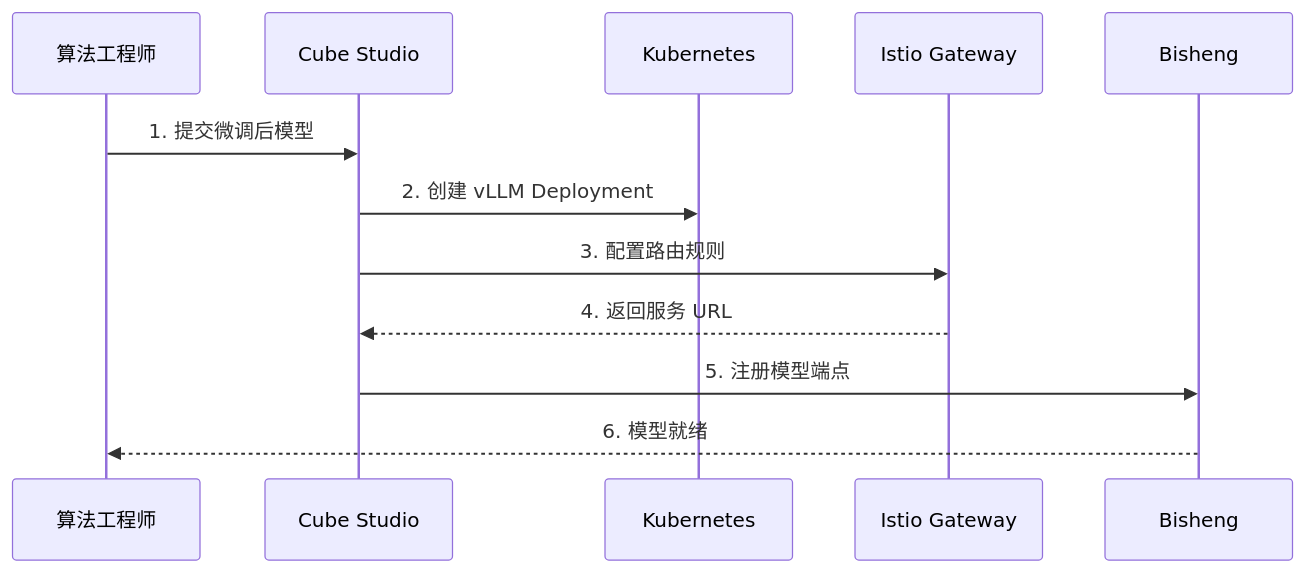
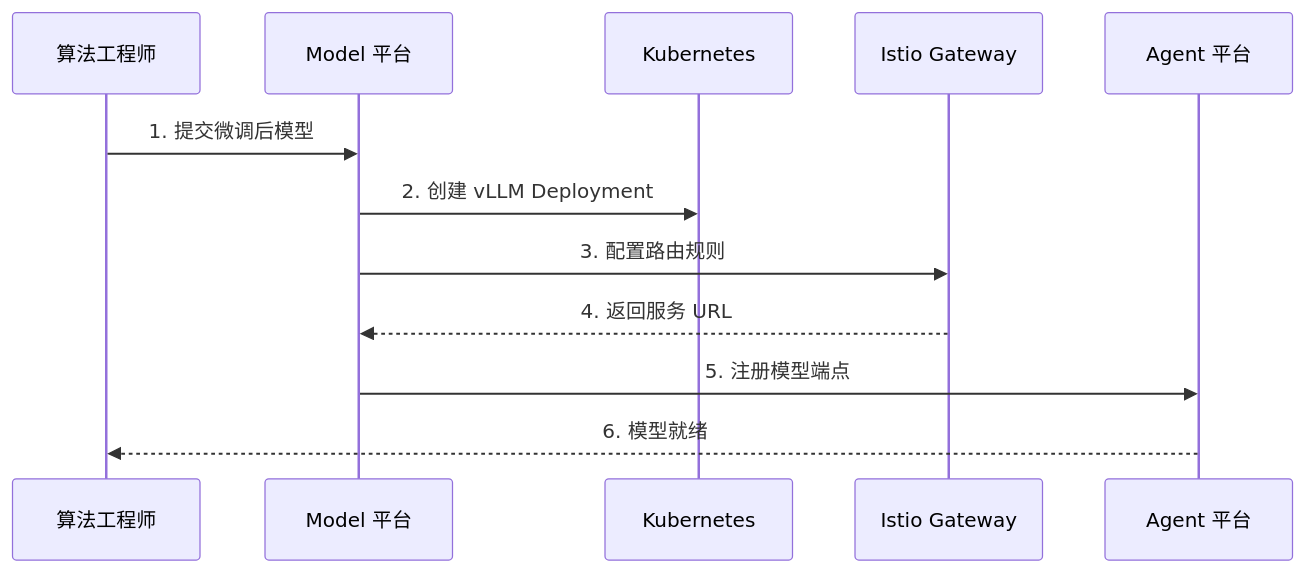
One commit to iannil/one-data-studio changed the first of 2 diagrams in docs/02-integration/model-agent.md. Above: the diagram before and after it, drawn with Mermaid. The commit also changed other lines of this file and 58 other files, not shown here.

````diff
--- a/docs/02-integration/model-agent.md
+++ b/docs/02-integration/model-agent.md
@@ -45,15 +45,15 @@
 ```mermaid
 sequenceDiagram
     participant User as 算法工程师
-    participant Cube as Cube Studio
+    participant Model as Model 平台
     participant K8s as Kubernetes
     participant Gateway as Istio Gateway
-    participant Bisheng as Bisheng
+    participant Agent as Agent 平台
 
-    User->>Cube: 1. 提交微调后模型
-    Cube->>K8s: 2. 创建 vLLM Deployment
-    Cube->>Gateway: 3. 配置路由规则
-    Gateway-->>Cube: 4. 返回服务 URL
-    Cube->>Bisheng: 5. 注册模型端点
-    Bisheng-->>User: 6. 模型就绪
+    User->>Model: 1. 提交微调后模型
+    Model->>K8s: 2. 创建 vLLM Deployment
+    Model->>Gateway: 3. 配置路由规则
+    Gateway-->>Model: 4. 返回服务 URL
+    Model->>Agent: 5. 注册模型端点
+    Agent-->>User: 6. 模型就绪
 ```
````
